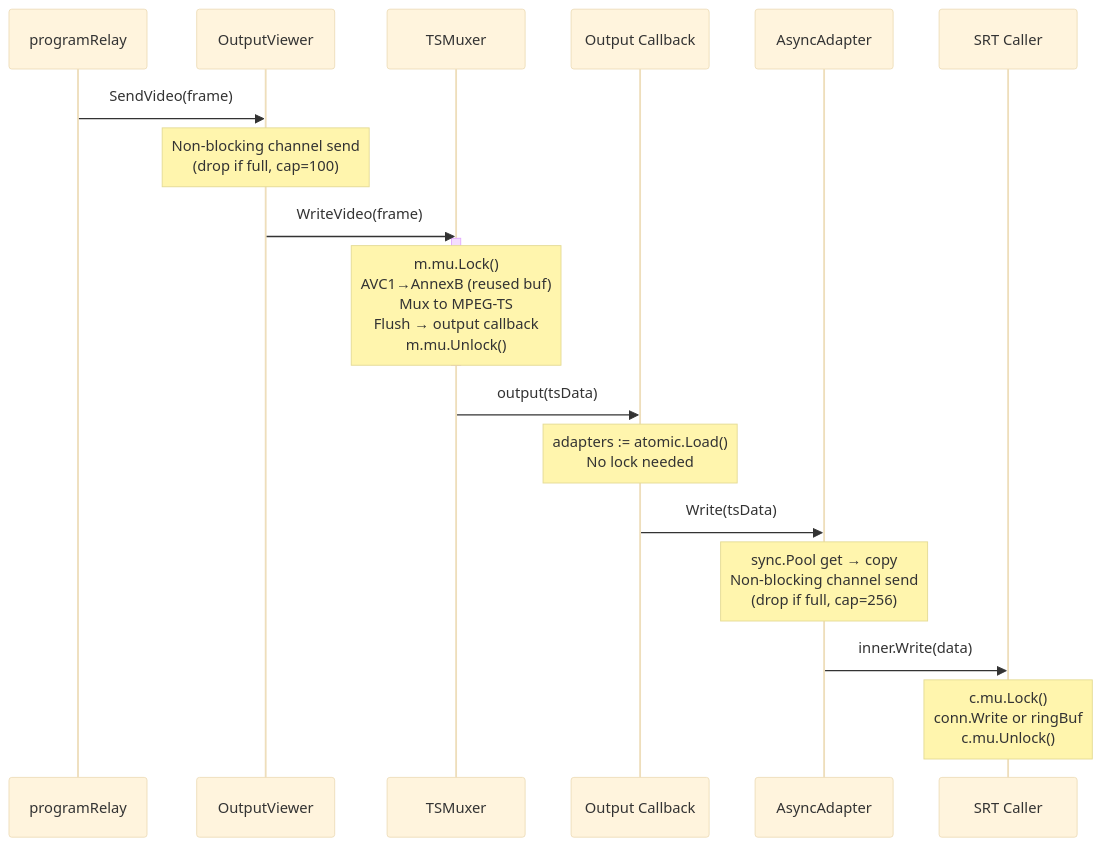
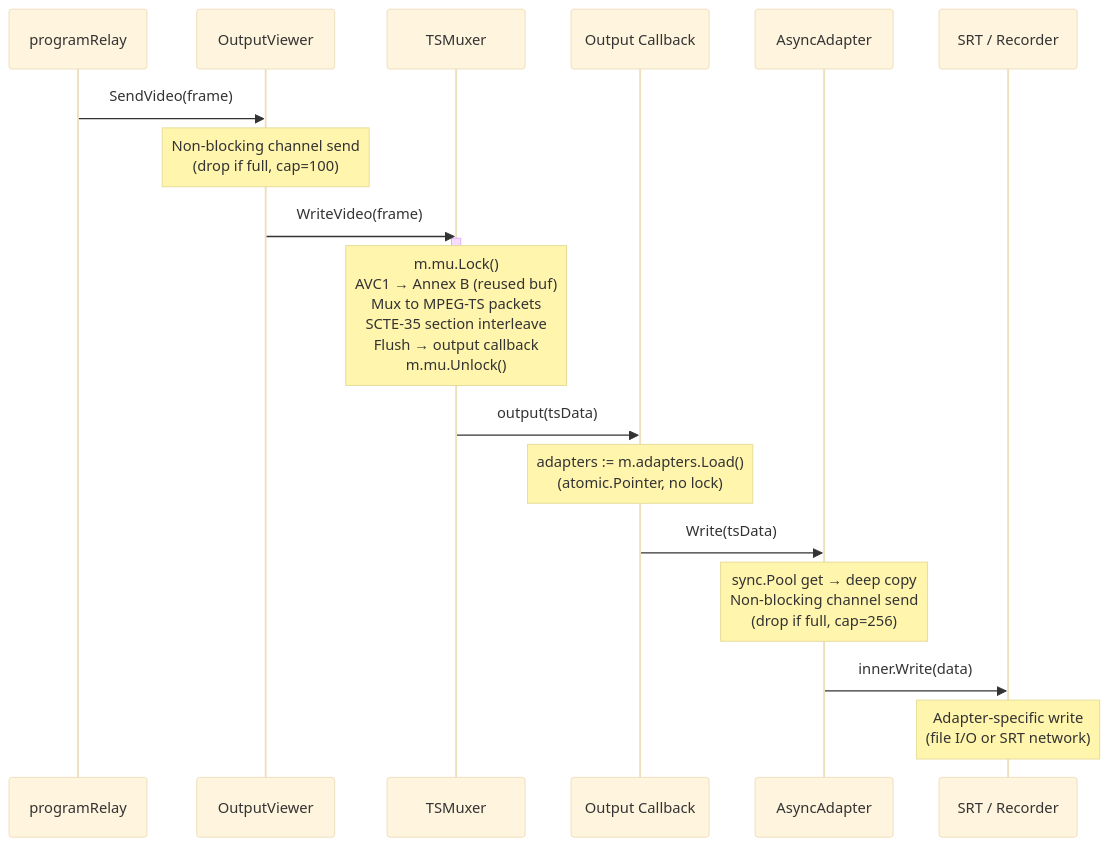
The sixth of 7 diagrams in docs/locking-and-concurrency.md (zsiec/switchframe), drawn with Mermaid (base theme) before and after one commit. The commit also changed other lines of this file, not shown here.

````diff
--- a/docs/locking-and-concurrency.md
+++ b/docs/locking-and-concurrency.md
@@ -336,26 +332,26 @@
 ```mermaid
 sequenceDiagram
     participant PR as programRelay
     participant OV as OutputViewer
     participant MUX as TSMuxer
     participant CB as Output Callback
     participant AA as AsyncAdapter
-    participant SRT as SRT Caller
+    participant SRT as SRT / Recorder
 
     PR->>OV: SendVideo(frame)
     Note over OV: Non-blocking channel send<br/>(drop if full, cap=100)
 
     OV->>MUX: WriteVideo(frame)
     activate MUX
-    Note over MUX: m.mu.Lock()<br/>AVC1→AnnexB (reused buf)<br/>Mux to MPEG-TS<br/>Flush → output callback<br/>m.mu.Unlock()
+    Note over MUX: m.mu.Lock()<br/>AVC1 → Annex B (reused buf)<br/>Mux to MPEG-TS packets<br/>SCTE-35 section interleave<br/>Flush → output callback<br/>m.mu.Unlock()
     deactivate MUX
 
     MUX->>CB: output(tsData)
-    Note over CB: adapters := atomic.Load()<br/>No lock needed
+    Note over CB: adapters := m.adapters.Load()<br/>(atomic.Pointer, no lock)
 
     CB->>AA: Write(tsData)
-    Note over AA: sync.Pool get → copy<br/>Non-blocking channel send<br/>(drop if full, cap=256)
+    Note over AA: sync.Pool get → deep copy<br/>Non-blocking channel send<br/>(drop if full, cap=256)
 
     AA->>SRT: inner.Write(data)
-    Note over SRT: c.mu.Lock()<br/>conn.Write or ringBuf<br/>c.mu.Unlock()
+    Note over SRT: Adapter-specific write<br/>(file I/O or SRT network)
 ```
````
